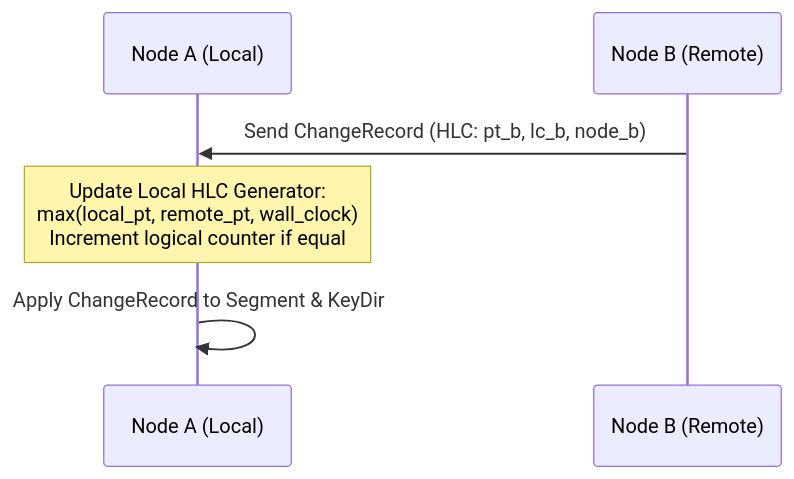
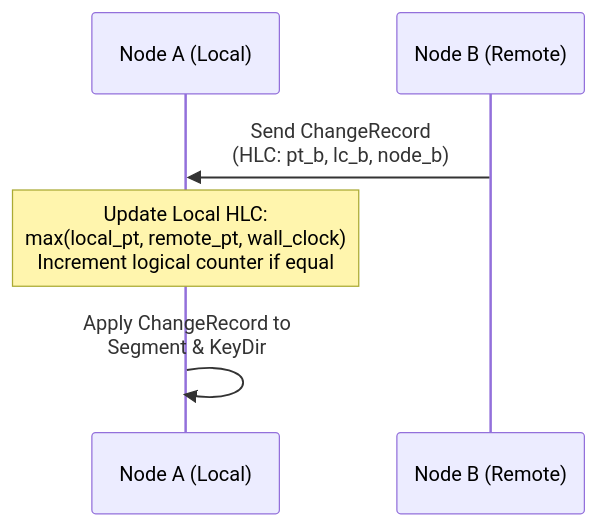
Before and after one commit to untacorp/aerolog: the diagram in docs/manual/causality/hlc-clock.md, drawn with Mermaid. The commit also changed 4 other files, not shown here.

Commit message:
docs: optimize mermaid layout, resolve generic bracket parsing, and add responsive containment css

````diff
--- a/docs/manual/causality/hlc-clock.md
+++ b/docs/manual/causality/hlc-clock.md
@@ -46,9 +46,9 @@
 ```mermaid
 sequenceDiagram
     participant NodeA as Node A (Local)
     participant NodeB as Node B (Remote)
 
-    NodeB->>NodeA: Send ChangeRecord (HLC: pt_b, lc_b, node_b)
-    Note over NodeA: Update Local HLC Generator:<br/>max(local_pt, remote_pt, wall_clock)<br/>Increment logical counter if equal
-    NodeA->>NodeA: Apply ChangeRecord to Segment & KeyDir
+    NodeB->>NodeA: Send ChangeRecord<br/>(HLC: pt_b, lc_b, node_b)
+    Note over NodeA: Update Local HLC:<br/>max(local_pt, remote_pt, wall_clock)<br/>Increment logical counter if equal
+    NodeA->>NodeA: Apply ChangeRecord to<br/>Segment & KeyDir
 ```
````
